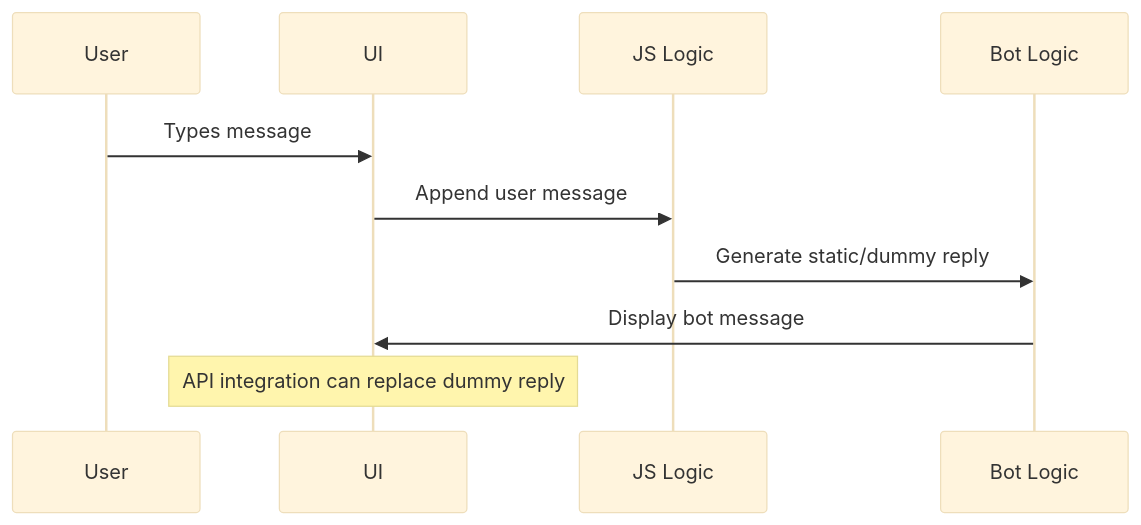
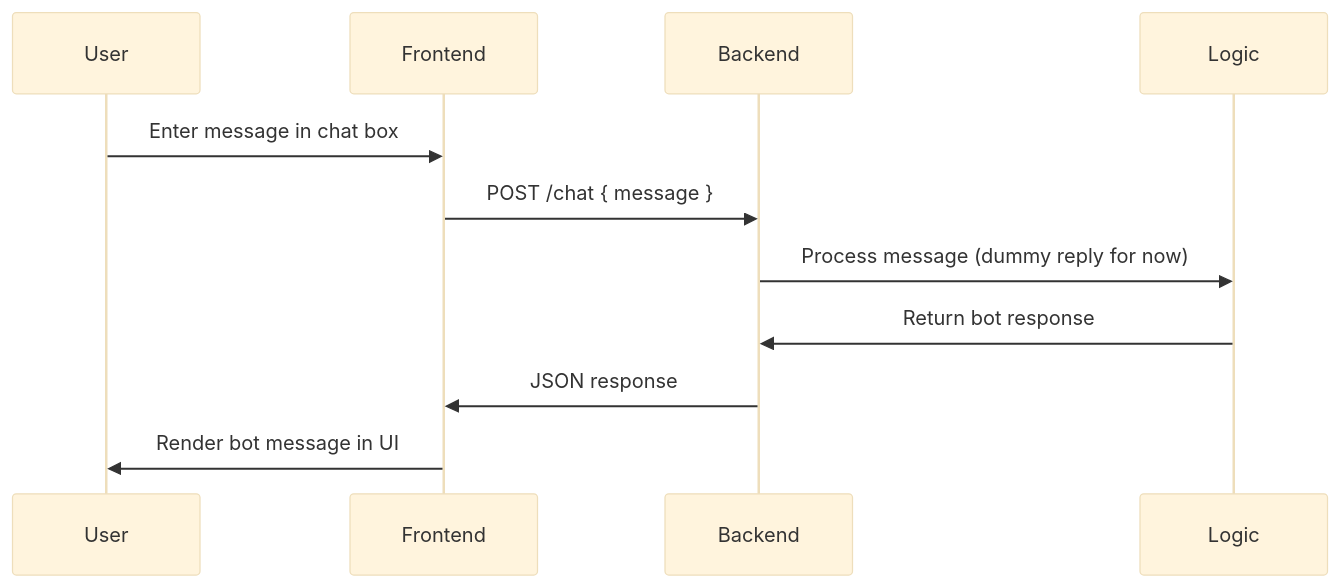
Before and after one commit to JoshiDeepak08/Basic-Chatbot: the diagram in README.md, drawn with Mermaid (base theme). The commit also changed other lines of this file, not shown here.

````diff
--- a/README.md
+++ b/README.md
@@ -149,8 +139,9 @@
 ```mermaid
 sequenceDiagram
-    User->>UI: Types message
-    UI->>JS Logic: Append user message
-    JS Logic->>Bot Logic: Generate static/dummy reply
-    Bot Logic->>UI: Display bot message
-    Note over UI: API integration can replace dummy reply
+    User->>Frontend: Enter message in chat box
+    Frontend->>Backend: POST /chat { message }
+    Backend->>Logic: Process message (dummy reply for now)
+    Logic->>Backend: Return bot response
+    Backend->>Frontend: JSON response
+    Frontend->>User: Render bot message in UI
 ```
````
